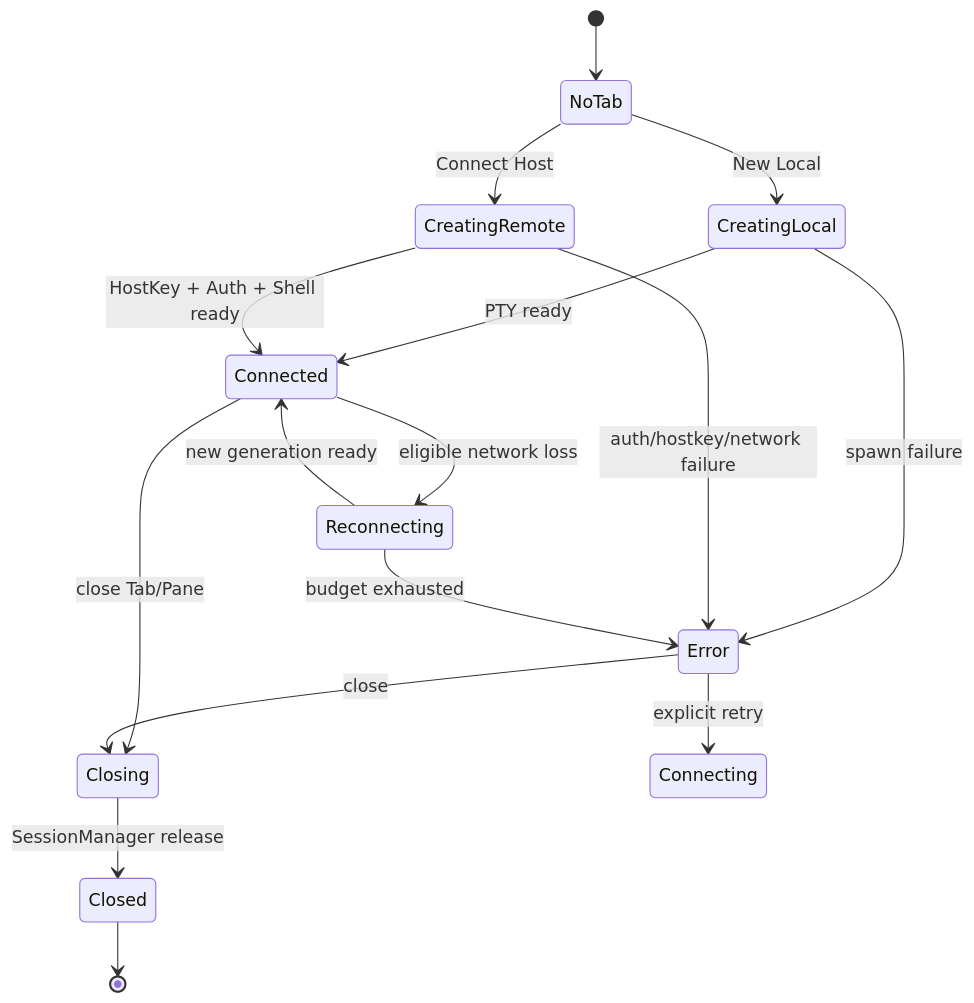
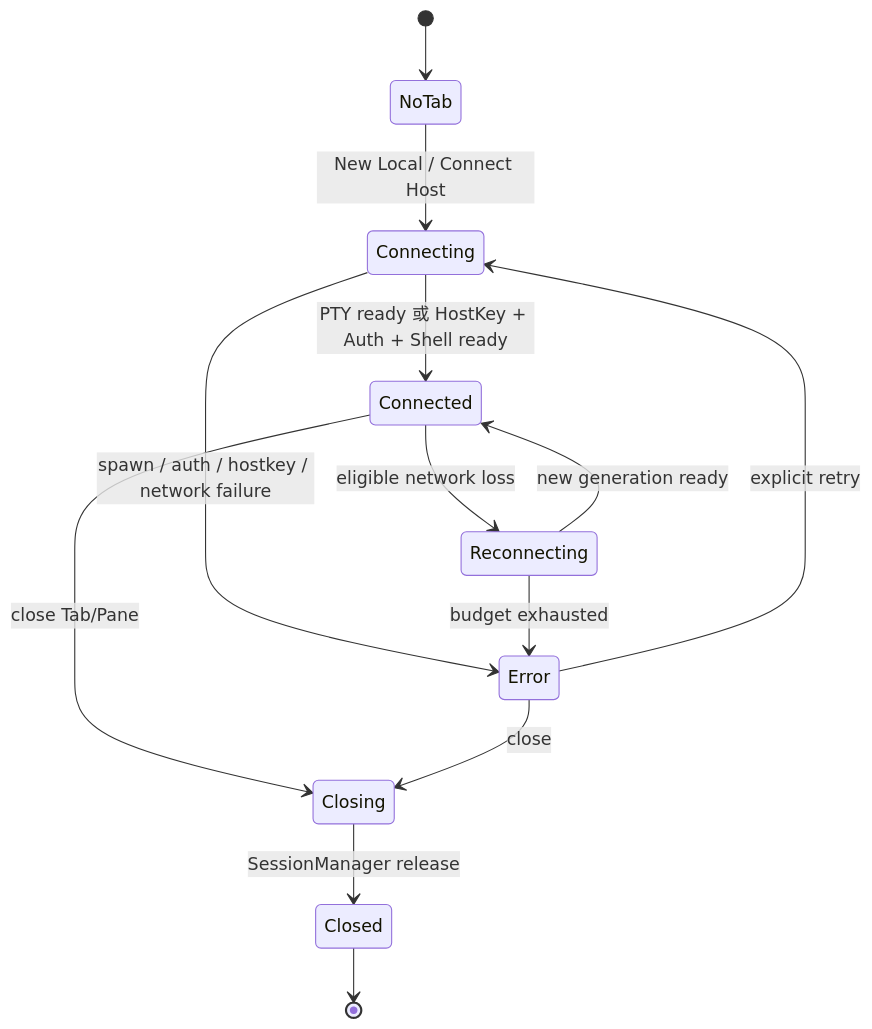
Before and after one commit to baicie/terminal: the diagram in docs/design/terminal-next/04-ux1-terminal-workspace.md, drawn with Mermaid. The commit also changed other lines of this file and 7 other files, not shown here.

````diff
--- a/docs/design/terminal-next/04-ux1-terminal-workspace.md
+++ b/docs/design/terminal-next/04-ux1-terminal-workspace.md
@@ -141,18 +144,15 @@
 ```mermaid
 stateDiagram-v2
   [*] --> NoTab
-  NoTab --> CreatingLocal: New Local
-  NoTab --> CreatingRemote: Connect Host
-  CreatingLocal --> Connected: PTY ready
-  CreatingRemote --> Connected: HostKey + Auth + Shell ready
-  CreatingLocal --> Error: spawn failure
-  CreatingRemote --> Error: auth/hostkey/network failure
+  NoTab --> Connecting: New Local / Connect Host
+  Connecting --> Connected: PTY ready 或 HostKey + Auth + Shell ready
+  Connecting --> Error: spawn / auth / hostkey / network failure
   Connected --> Reconnecting: eligible network loss
   Reconnecting --> Connected: new generation ready
   Reconnecting --> Error: budget exhausted
   Connected --> Closing: close Tab/Pane
   Error --> Connecting: explicit retry
   Error --> Closing: close
   Closing --> Closed: SessionManager release
   Closed --> [*]
 ```
````
